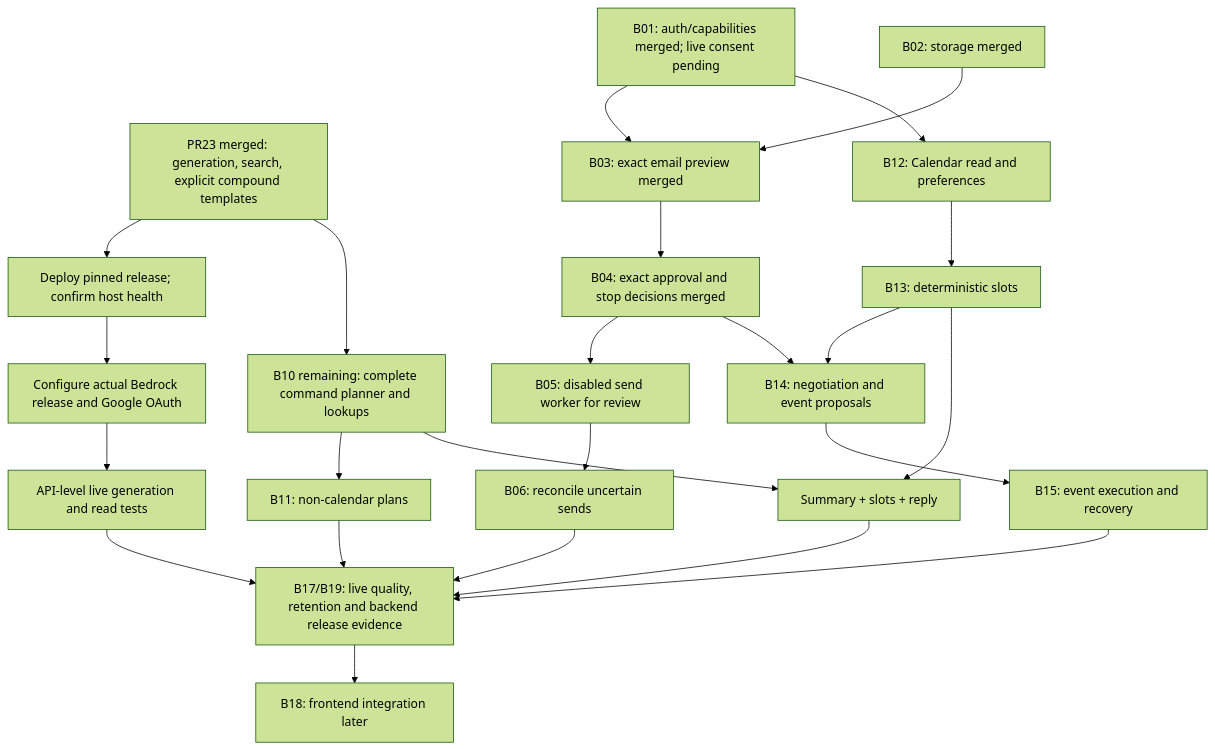
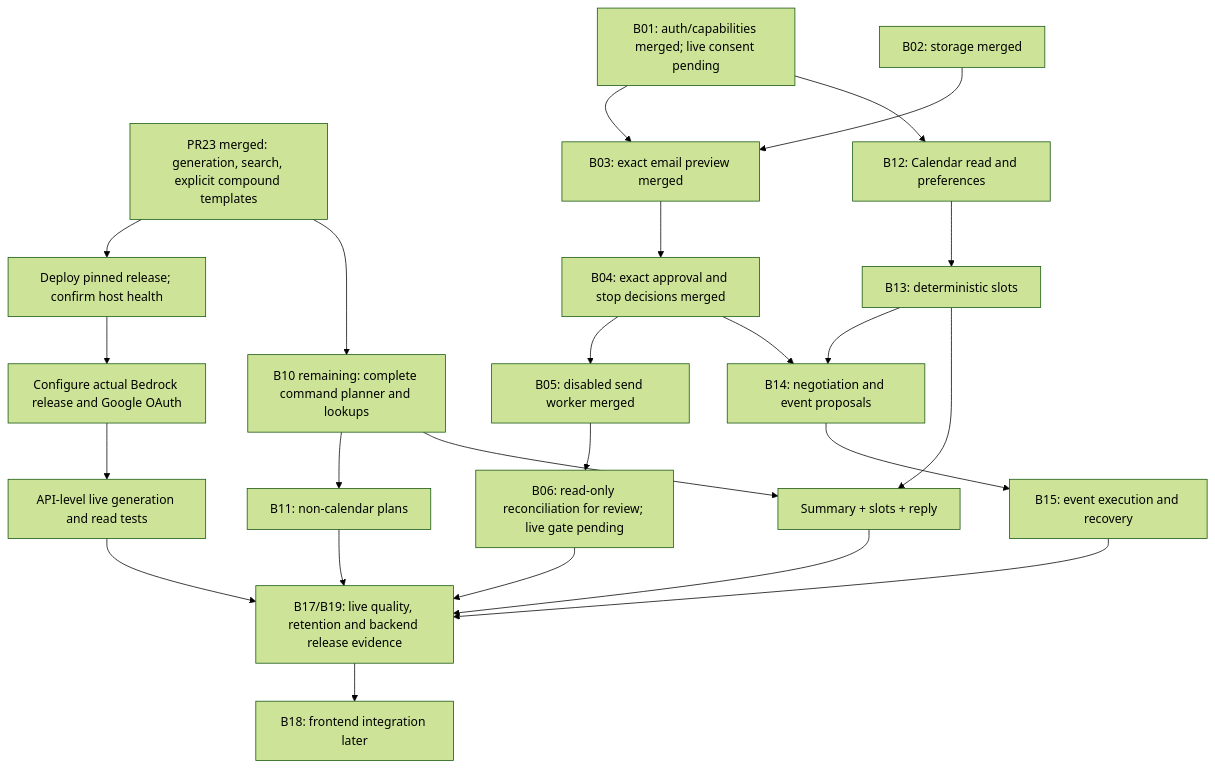
Before and after one commit to bhowmikdham/Threadly: the second of 2 diagrams in docs/workflow-testing-map.md, drawn with Mermaid (forest theme). The commit also changed other lines of this file and 32 other files, not shown here.

Commit message:
feat(actions): reconcile uncertain Gmail sends without resending

````diff
--- a/docs/workflow-testing-map.md
+++ b/docs/workflow-testing-map.md
@@ -145,26 +145,26 @@
 ```mermaid
 flowchart TD
     MERGED[PR23 merged: generation, search, explicit compound templates] --> DEPLOY[Deploy pinned release; confirm host health]
     DEPLOY --> CONFIG[Configure actual Bedrock release and Google OAuth]
     CONFIG --> READTEST[API-level live generation and read tests]
     B01[B01: auth/capabilities merged; live consent pending] --> B03[B03: exact email preview merged]
     B02[B02: storage merged] --> B03
     B03 --> B04[B04: exact approval and stop decisions merged]
-    B04 --> B05[B05: disabled send worker for review]
-    B05 --> B06[B06: reconcile uncertain sends]
+    B04 --> B05[B05: disabled send worker merged]
+    B05 --> B06[B06: read-only reconciliation for review; live gate pending]
     B01 --> B12[B12: Calendar read and preferences]
     B12 --> B13[B13: deterministic slots]
     B13 --> B14[B14: negotiation and event proposals]
     B04 --> B14
     B14 --> B15[B15: event execution and recovery]
     MERGED --> B10[B10 remaining: complete command planner and lookups]
     B10 --> B11[B11: non-calendar plans]
     B10 --> COMPOUND[Summary + slots + reply]
     B13 --> COMPOUND
     READTEST --> GATE[B17/B19: live quality, retention and backend release evidence]
     B06 --> GATE
     B15 --> GATE
     B11 --> GATE
     COMPOUND --> GATE
     GATE --> FRONT[B18: frontend integration later]
 ```
````
